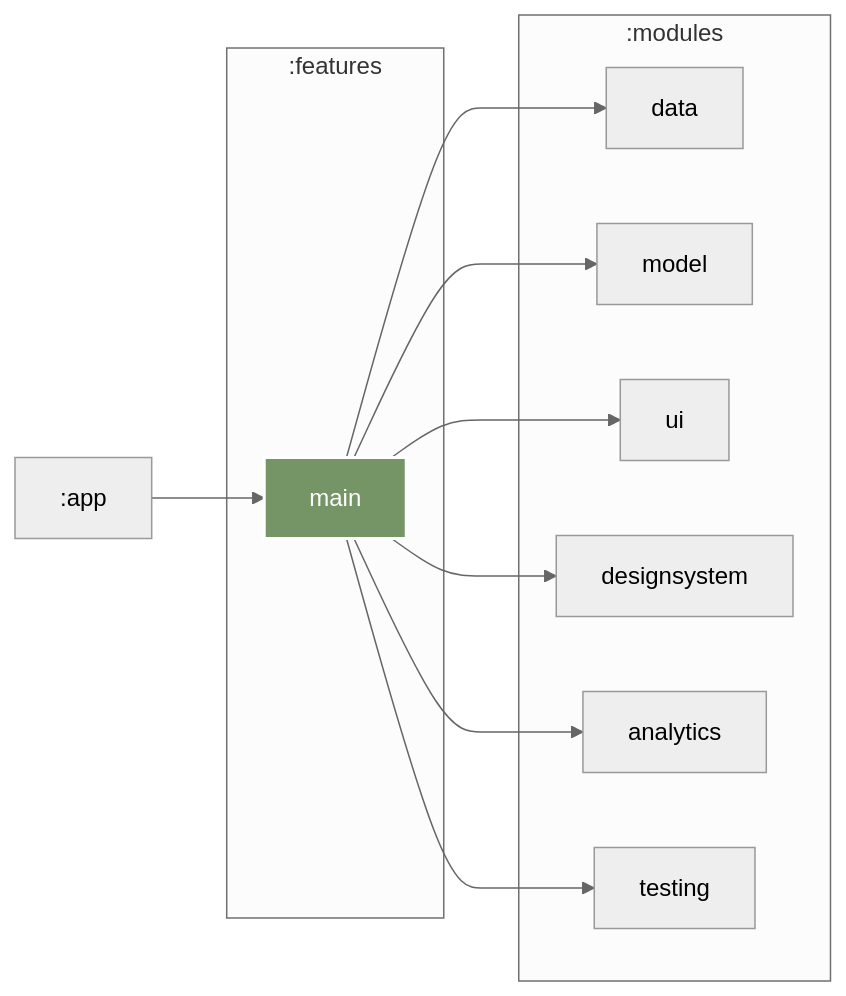
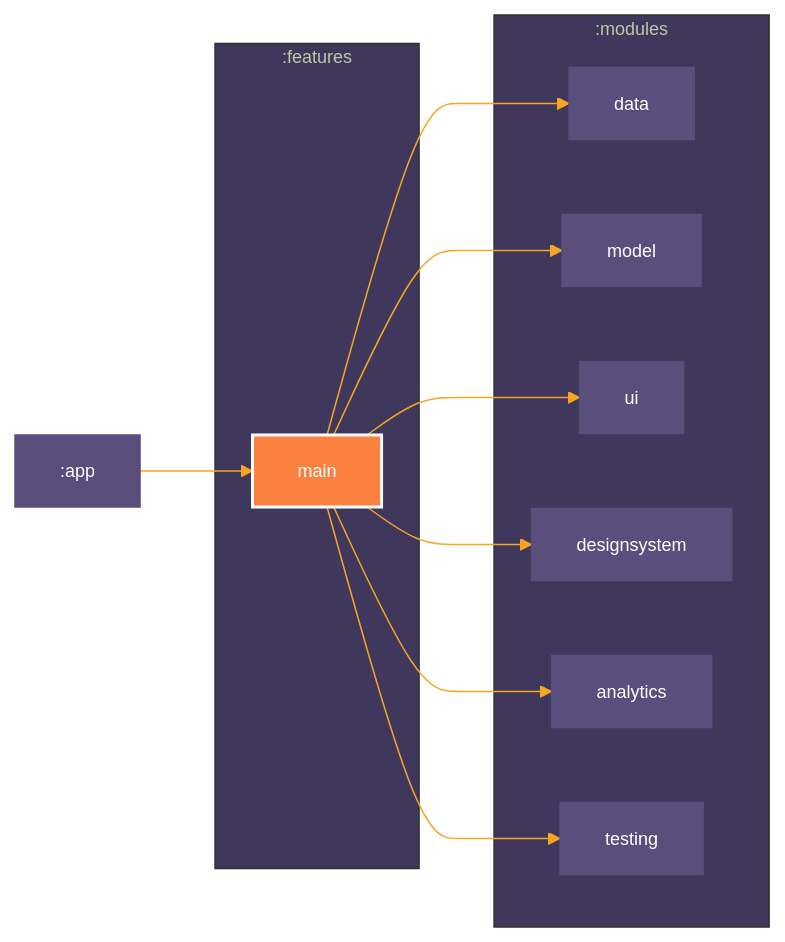
One commit to mshdabiola/Kmtemplate changed the diagram in features/main/README.md. Above: the diagram before and after it, drawn with Mermaid. The commit also changed 2 other files, not shown here.

Commit message:
feat: configure theme colors for mermaid graphs
- Configures theme colors for mermaid graphs in `build.gradle.kts`, `FULLGRAPH.md`, and `features/main/README.md`.
- Sets primary text color to white (`#fff`), primary color to purple (`#5a4f7c`), primary border color to purple (`#5a4f7c`), line color to orange (`#f5a623`), tertiary color to dark purple (`#40375c`), and font size to `12px`.
- Defines a `focusColor` of orange (`#FA8140`) for focused elements.
- Updates the Mermaid initialization to use the 'base' theme and the custom theme variables.
- Applies these colors to both the main module graph (`features/main/README.md`) and the full graph (`FULLGRAPH.md`).
- In the main graph, a class `focus` is defined with a `fill:#FA8140` to color the focused item and with `color:#fff` to white the focused item's text.
- In the main graph, the `focusedModulesRegex` has been added.

````diff
--- a/features/main/README.md
+++ b/features/main/README.md
@@ -3,30 +3,31 @@
 ```mermaid
 %%{
   init: {
-    'theme': 'neutral'
+    'theme': 'base',
+    'themeVariables': {"primaryTextColor":"#fff","primaryColor":"#5a4f7c","primaryBorderColor":"#5a4f7c","lineColor":"#f5a623","tertiaryColor":"#40375c","fontSize":"12px"}
   }
 }%%
 
 graph LR
   subgraph :features
     :features:main["main"]
   end
   subgraph :modules
     :modules:data["data"]
     :modules:model["model"]
     :modules:ui["ui"]
     :modules:designsystem["designsystem"]
     :modules:analytics["analytics"]
     :modules:testing["testing"]
   end
   :features:main --> :modules:data
   :features:main --> :modules:model
   :features:main --> :modules:ui
   :features:main --> :modules:designsystem
   :features:main --> :modules:analytics
   :features:main --> :modules:testing
   :app --> :features:main
 
-classDef focus fill:#769566,stroke:#fff,stroke-width:2px,color:#fff;
+classDef focus fill:#FA8140,stroke:#fff,stroke-width:2px,color:#fff;
 class :features:main focus
 ```
````
